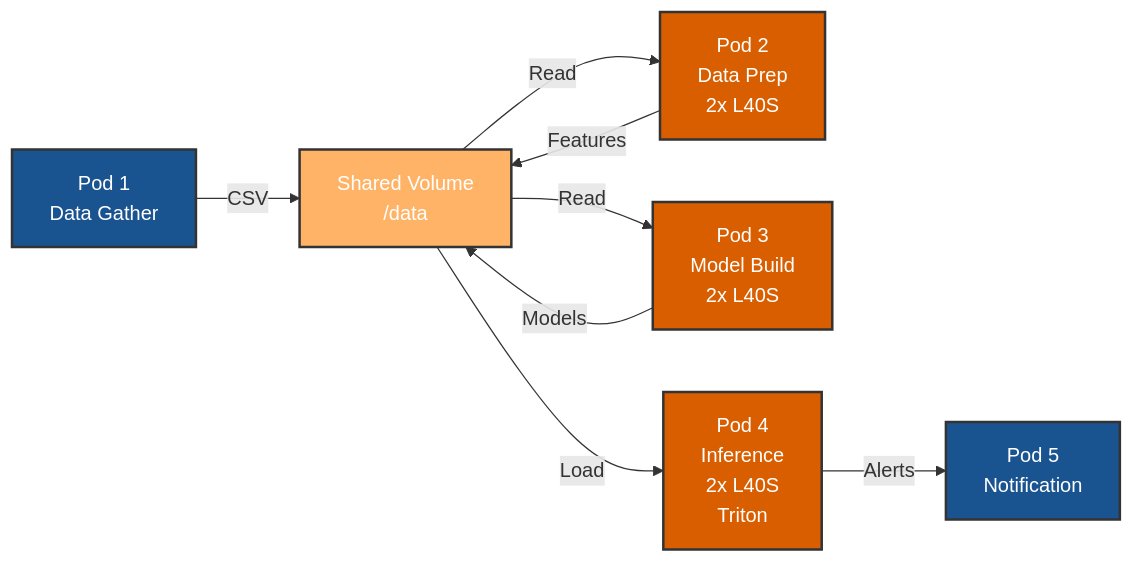
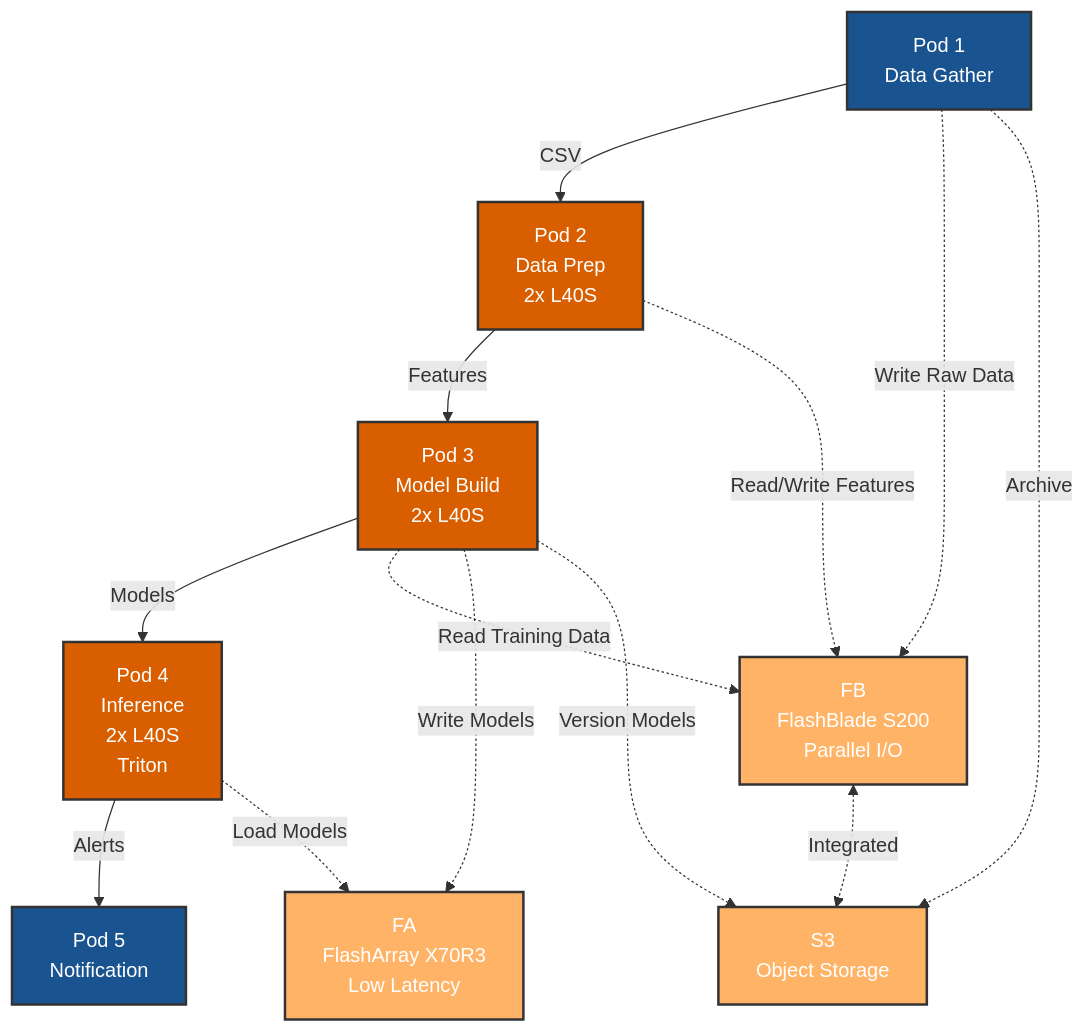
Before and after one commit to PureStorage-OpenConnect/fraud-detection-demo: the diagram in README.md, drawn with Mermaid. The commit also changed other lines of this file, not shown here.

Commit message:
adding FA and FB to architecture.  Updated logos.

````diff
--- a/README.md
+++ b/README.md
@@ -17,17 +19,25 @@
 ```mermaid
-graph LR
-    A[Pod 1<br/>Data Gather] -->|CSV| B[Shared Volume<br/>/data]
-    B -->|Read| C[Pod 2<br/>Data Prep<br/>2x L40S]
-    C -->|Features| B
-    B -->|Read| D[Pod 3<br/>Model Build<br/>2x L40S]
-    D -->|Models| B
-    B -->|Load| E[Pod 4<br/>Inference<br/>2x L40S<br/>Triton]
+graph TB
+    A[Pod 1<br/>Data Gather] -->|CSV| C[Pod 2<br/>Data Prep<br/>2x L40S]
+    C -->|Features| D[Pod 3<br/>Model Build<br/>2x L40S]
+    D -->|Models| E[Pod 4<br/>Inference<br/>2x L40S<br/>Triton]
     E -->|Alerts| F[Pod 5<br/>Notification]
+    
+    A -.->|Write Raw Data| FB[FB<br/>FlashBlade S200<br/>Parallel I/O]
+    A -.->|Archive| S3[S3<br/>Object Storage]
+    C -.->|Read/Write Features| FB
+    D -.->|Read Training Data| FB
+    D -.->|Write Models| FA[FA<br/>FlashArray X70R3<br/>Low Latency]
+    D -.->|Version Models| S3
+    E -.->|Load Models| FA
+    FB <-.->|Integrated| S3
     
     style A fill:#1a5490,stroke:#333,stroke-width:2px,color:#fff
     style C fill:#d85e00,stroke:#333,stroke-width:2px,color:#fff
     style D fill:#d85e00,stroke:#333,stroke-width:2px,color:#fff
     style E fill:#d85e00,stroke:#333,stroke-width:2px,color:#fff
     style F fill:#1a5490,stroke:#333,stroke-width:2px,color:#fff
-    style B fill:#ffb366,stroke:#333,stroke-width:2px,color:#fff
+    style FA fill:#ffb366,stroke:#333,stroke-width:2px,color:#fff
+    style FB fill:#ffb366,stroke:#333,stroke-width:2px,color:#fff
+    style S3 fill:#ffb366,stroke:#333,stroke-width:2px,color:#fff
 ```
````
